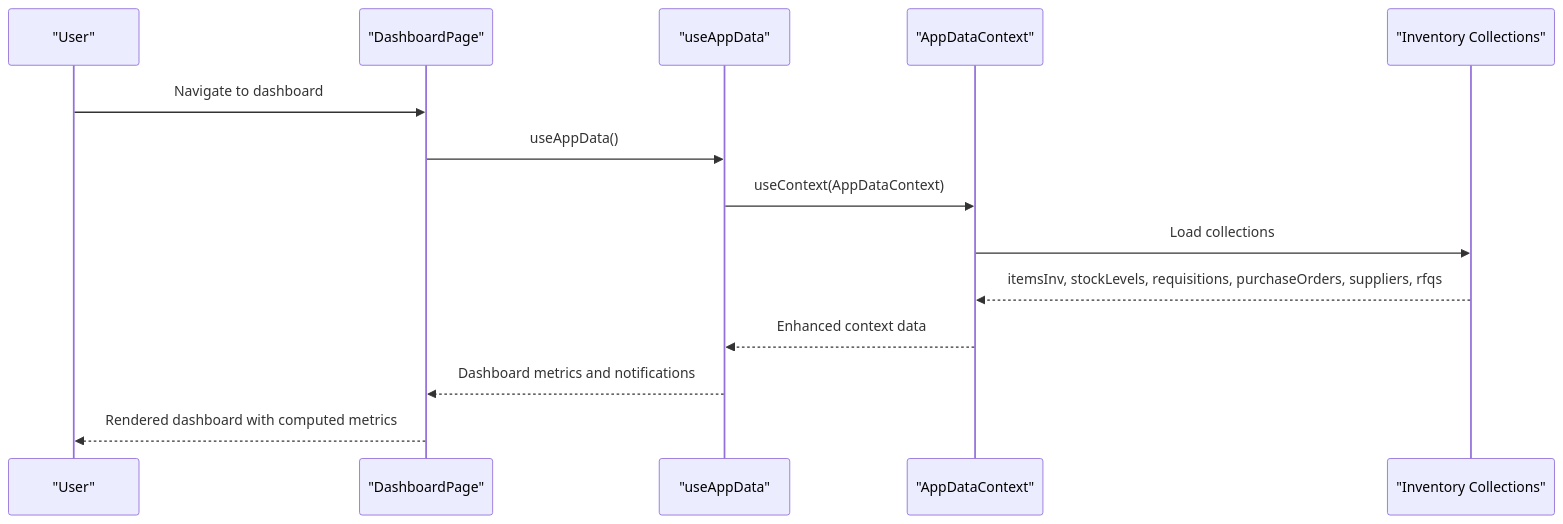
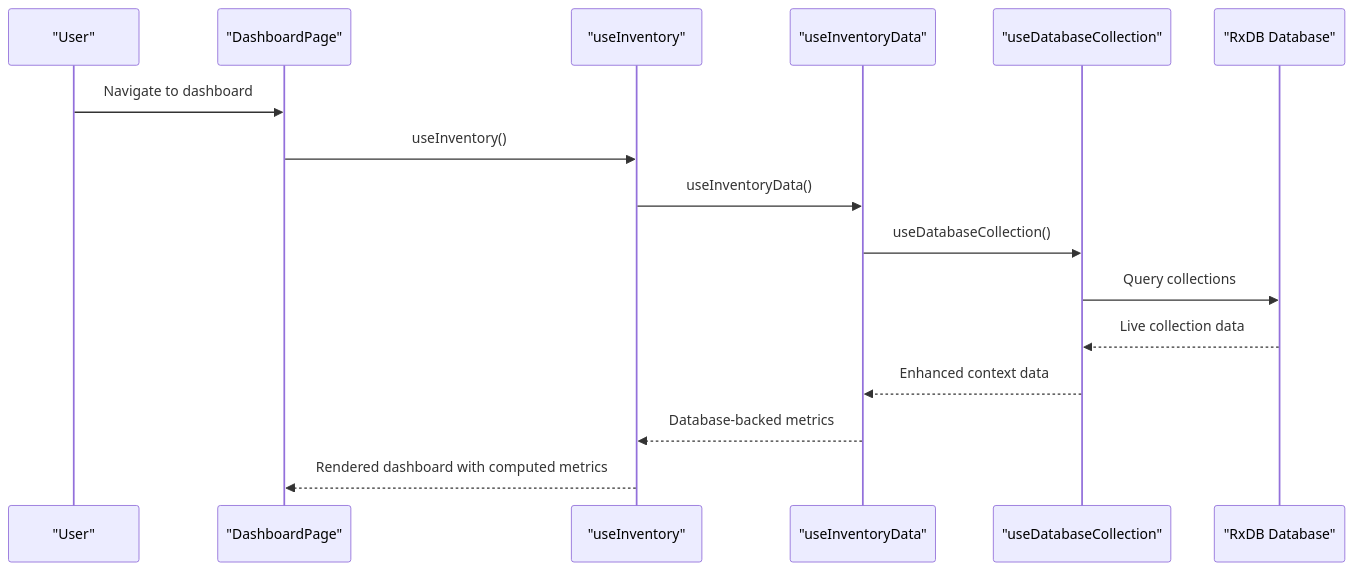
The fifth of 9 diagrams in .qoder/repowiki/en/content/Modules System/Inventory Module.md (geniusdynamics/schoolpilot), drawn with Mermaid before and after one commit. The commit also changed other lines of this file and 16 other files, not shown here.

````diff
--- a/.qoder/repowiki/en/content/Modules System/Inventory Module.md
+++ b/.qoder/repowiki/en/content/Modules System/Inventory Module.md
@@ -459,16 +587,18 @@
 ```mermaid
 sequenceDiagram
 participant User as "User"
 participant Dashboard as "DashboardPage"
-participant Hook as "useAppData"
-participant Provider as "AppDataContext"
-participant Data as "Inventory Collections"
+participant Hook as "useInventory"
+participant Provider as "useInventoryData"
+participant DBHook as "useDatabaseCollection"
+participant Database as "RxDB Database"
 User->>Dashboard : Navigate to dashboard
-Dashboard->>Hook : useAppData()
-Hook->>Provider : useContext(AppDataContext)
-Provider->>Data : Load collections
-Data-->>Provider : itemsInv, stockLevels, requisitions, purchaseOrders, suppliers, rfqs
-Provider-->>Hook : Enhanced context data
-Hook-->>Dashboard : Dashboard metrics and notifications
-Dashboard-->>User : Rendered dashboard with computed metrics
+Dashboard->>Hook : useInventory()
+Hook->>Provider : useInventoryData()
+Provider->>DBHook : useDatabaseCollection()
+DBHook->>Database : Query collections
+Database-->>DBHook : Live collection data
+DBHook-->>Provider : Enhanced context data
+Provider-->>Hook : Database-backed metrics
+Hook-->>Dashboard : Rendered dashboard with computed metrics
 ```
````
